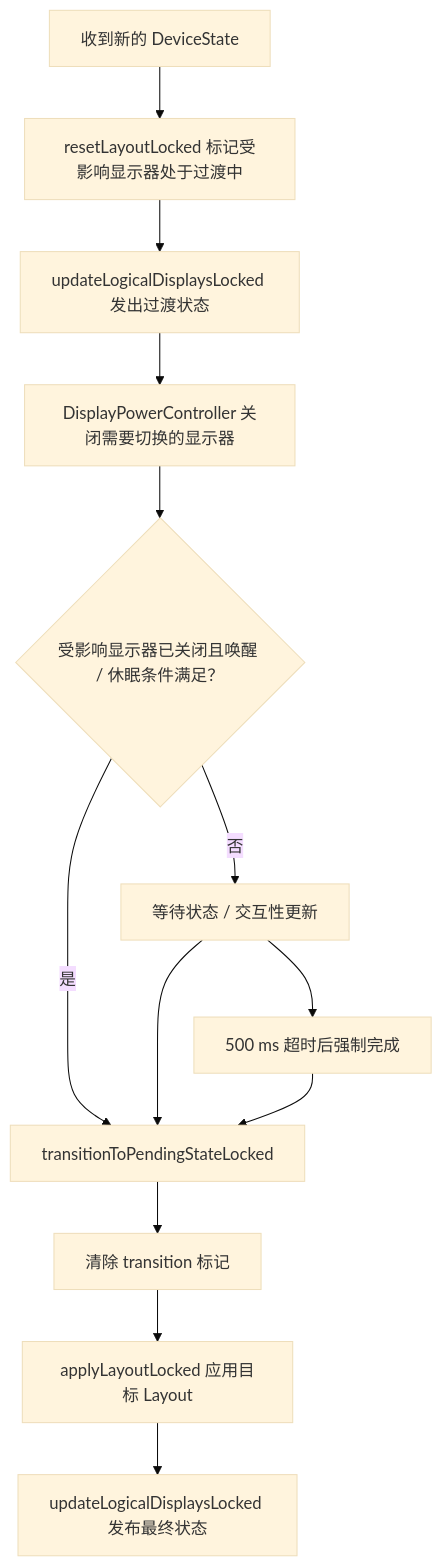
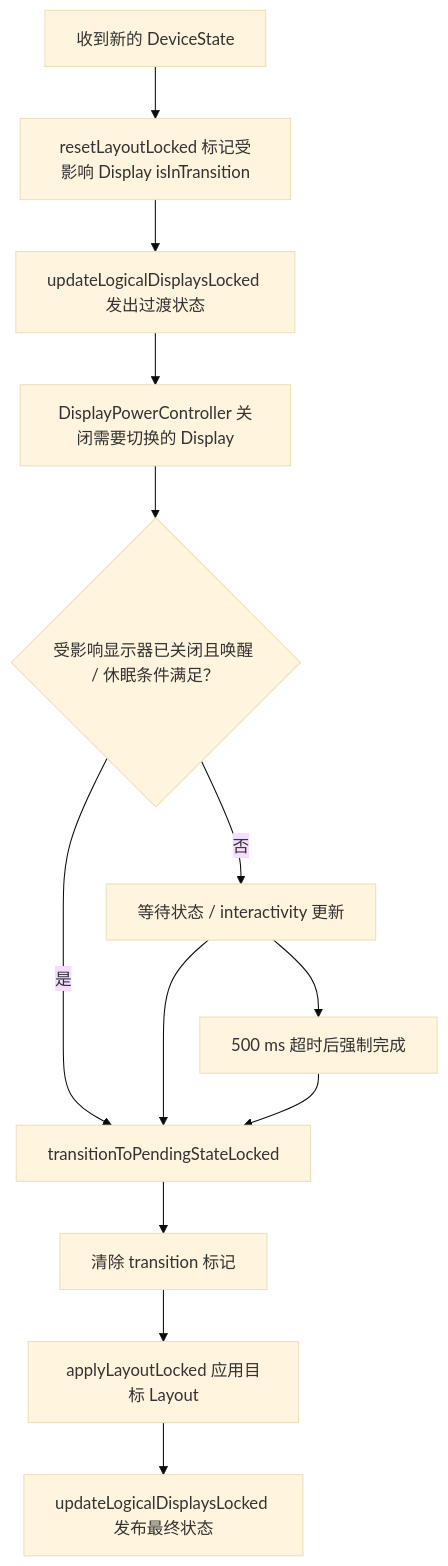
One commit to Gracker/android-internals-wiki changed the third of 3 diagrams in src/part1-fundamentals/ch02-rendering/30-displaymanager-service-lifecycle.md. Above: the diagram before and after it, drawn with Mermaid (base theme). The commit also changed other lines of this file and 4 other files, not shown here.

````diff
--- a/src/part1-fundamentals/ch02-rendering/30-displaymanager-service-lifecycle.md
+++ b/src/part1-fundamentals/ch02-rendering/30-displaymanager-service-lifecycle.md
@@ -290,15 +290,15 @@
 ```mermaid
 flowchart TD
-    A["收到新的 DeviceState"] --> B["resetLayoutLocked 标记受影响显示器处于过渡中"]
+    A["收到新的 DeviceState"] --> B["resetLayoutLocked 标记受影响 Display isInTransition"]
     B --> C["updateLogicalDisplaysLocked 发出过渡状态"]
-    C --> D["DisplayPowerController 关闭需要切换的显示器"]
+    C --> D["DisplayPowerController 关闭需要切换的 Display"]
     D --> E{"受影响显示器已关闭且唤醒 / 休眠条件满足？"}
     E -->|是| F["transitionToPendingStateLocked"]
-    E -->|否| G["等待状态 / 交互性更新"]
+    E -->|否| G["等待状态 / interactivity 更新"]
     G --> F
     G --> H["500 ms 超时后强制完成"]
     H --> F
     F --> I["清除 transition 标记"]
     I --> J["applyLayoutLocked 应用目标 Layout"]
     J --> K["updateLogicalDisplaysLocked 发布最终状态"]
 ```
````
